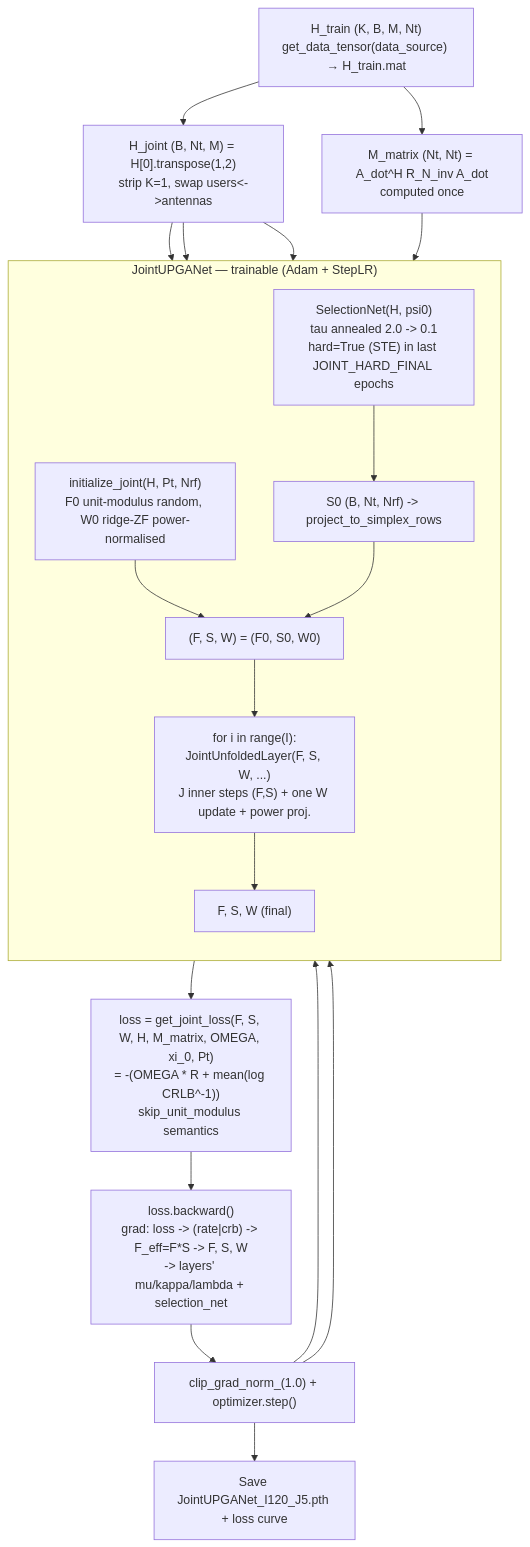
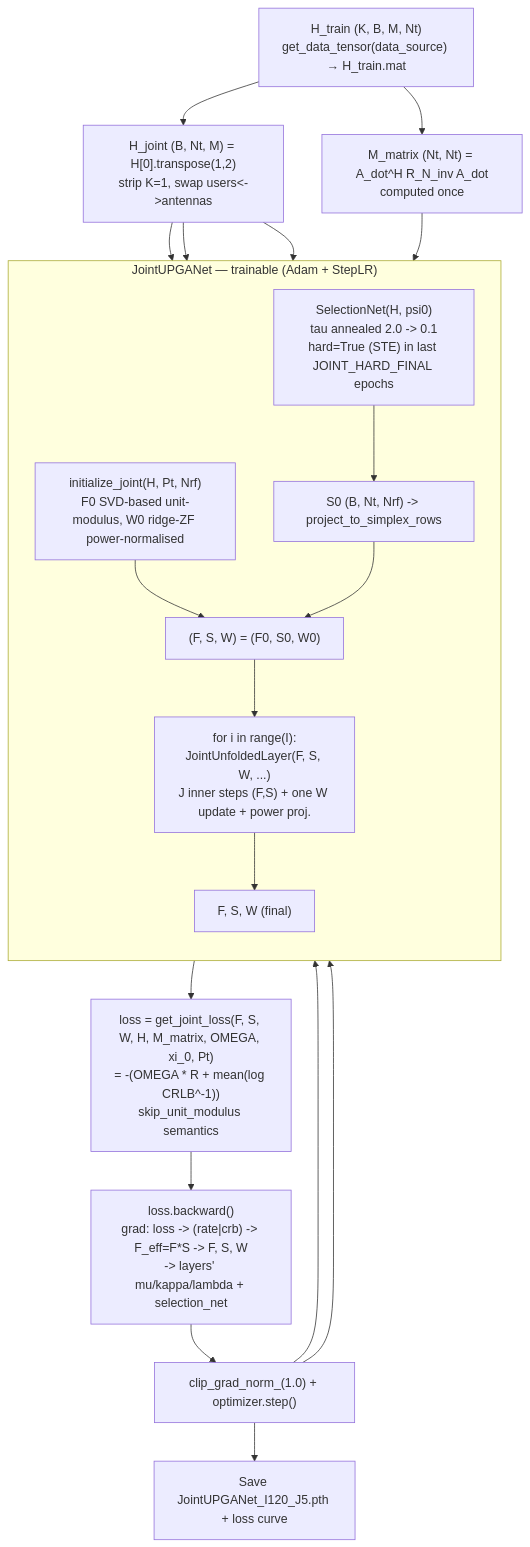
Before and after one commit to SurangaPrasad/hbf_pc_isac: the diagram in docs/JOINT_UPGA_TRAINING.md, drawn with Mermaid. The commit also changed other lines of this file and 9 other files, not shown here.

First line of the commit message:
Fix JointUPGANet comparison: SVD init, larger W step, hard sub-connected mask at eval

````diff
--- a/docs/JOINT_UPGA_TRAINING.md
+++ b/docs/JOINT_UPGA_TRAINING.md
@@ -141,30 +151,30 @@
 ```mermaid
 flowchart TB
     DATA["H_train (K, B, M, Nt)<br/>get_data_tensor(data_source) → H_train.mat"]
     DATA --> HJ["H_joint (B, Nt, M) = H[0].transpose(1,2)<br/>strip K=1, swap users<->antennas"]
     DATA --> MM["M_matrix (Nt, Nt) = A_dot^H R_N_inv A_dot<br/>computed once"]
 
     subgraph MODEL["JointUPGANet — trainable (Adam + StepLR)"]
         direction TB
-        INIT["initialize_joint(H, Pt, Nrf)<br/>F0 unit-modulus random, W0 ridge-ZF power-normalised"]
+        INIT["initialize_joint(H, Pt, Nrf)<br/>F0 SVD-based unit-modulus, W0 ridge-ZF power-normalised"]
         SEL["SelectionNet(H, psi0)<br/>tau annealed 2.0 -> 0.1<br/>hard=True (STE) in last JOINT_HARD_FINAL epochs"]
         SEL --> S0["S0 (B, Nt, Nrf) -> project_to_simplex_rows"]
         INIT --> L0["(F, S, W) = (F0, S0, W0)"]
         S0 --> L0
         L0 --> LAYERS["for i in range(I):<br/>JointUnfoldedLayer(F, S, W, ...)<br/>J inner steps (F,S) + one W update + power proj."]
         LAYERS --> OUT["F, S, W  (final)"]
     end
 
     HJ --> INIT
     HJ --> SEL
     HJ --> LAYERS
     MM --> LAYERS
 
     OUT --> LOSS["loss = get_joint_loss(F, S, W, H, M_matrix, OMEGA, xi_0, Pt)<br/>= -(OMEGA * R + mean(log CRLB^-1))<br/>skip_unit_modulus semantics"]
     LOSS --> BP["loss.backward()<br/>grad: loss -> (rate|crb) -> F_eff=F*S -> F, S, W<br/>-> layers' mu/kappa/lambda + selection_net"]
     BP --> OPT["clip_grad_norm_(1.0) + optimizer.step()"]
     OPT --> LAYERS
     OPT --> SEL
 
     OPT --> SAVE["Save JointUPGANet_I120_J5.pth + loss curve"]
 ```
````
